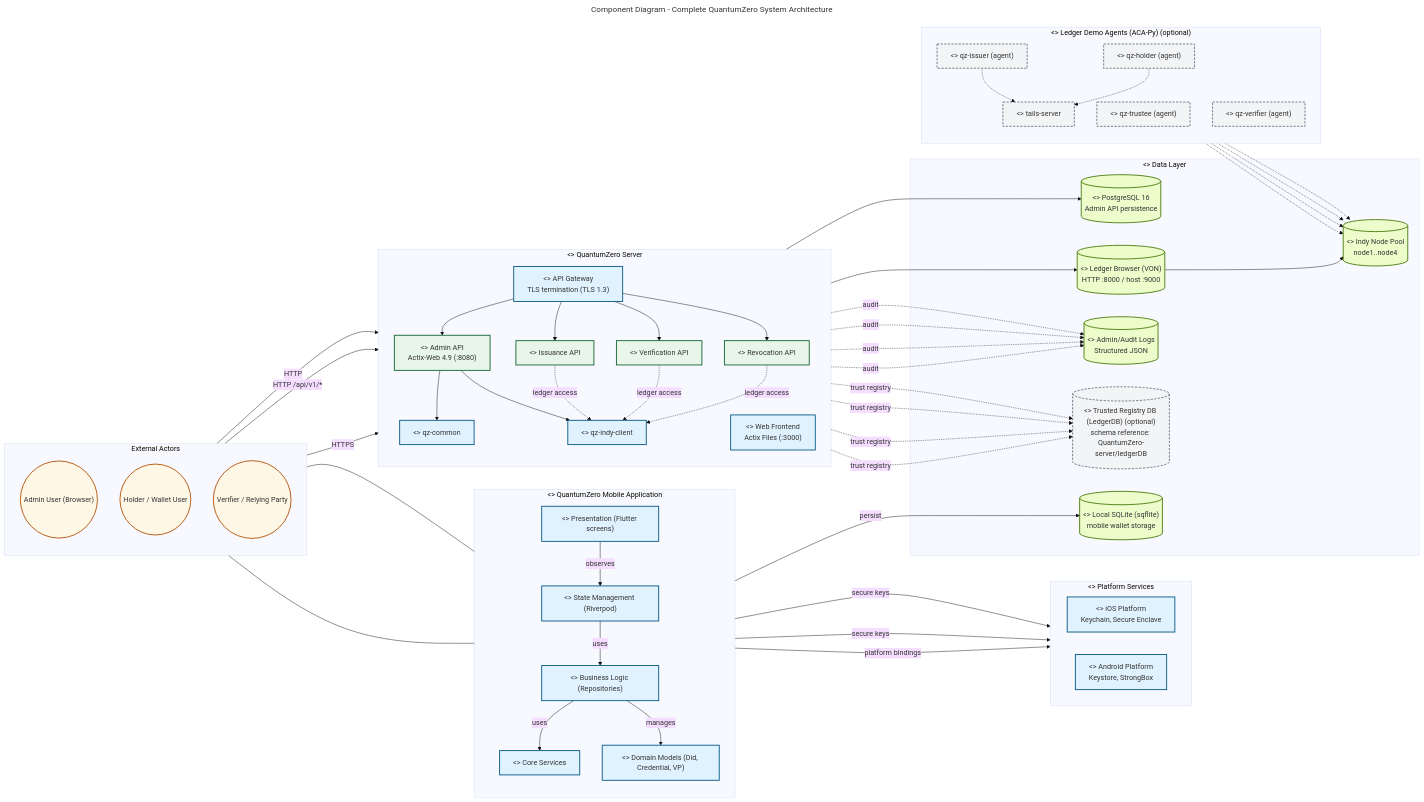
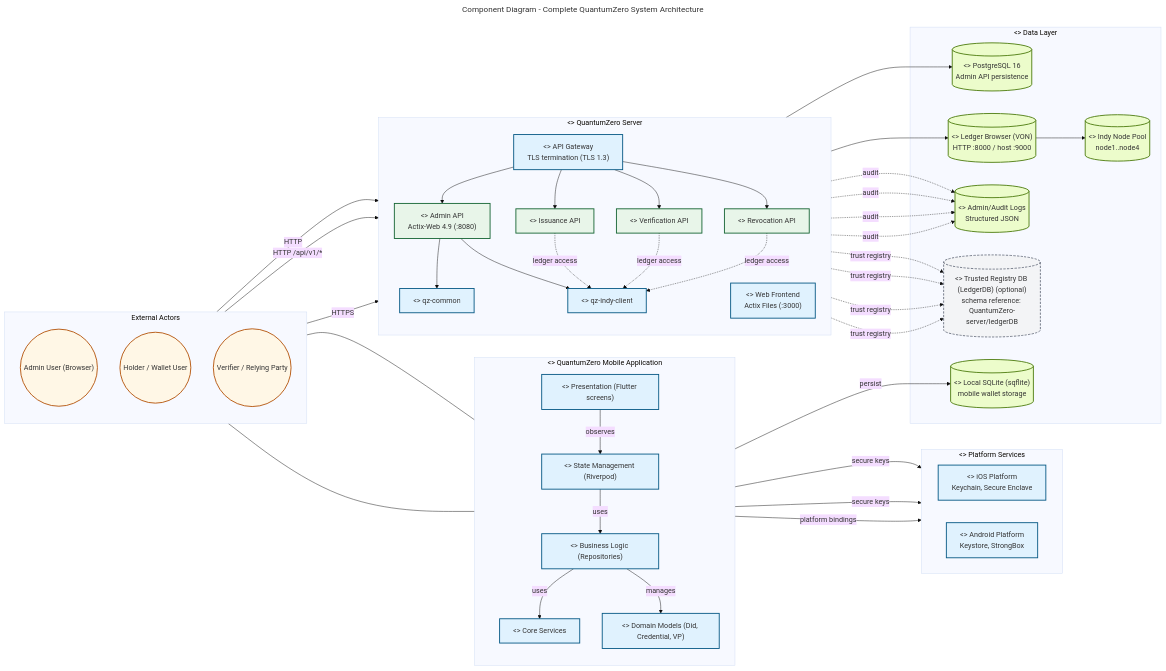
One commit to CHATEAUFORGE-LLC/QuantumZero changed the diagram in diagrams/component-system-complete.mmd. Above: the diagram before and after it, drawn with Mermaid. The commit also changed 63 other files, not shown here.

```diff
--- a/diagrams/component-system-complete.mmd
+++ b/diagrams/component-system-complete.mmd
@@ -1,127 +1,109 @@
 ---
 title: Component Diagram - Complete QuantumZero System Architecture
 config:
   theme: base
 ---
 %% QuantumZero UML palette note: actors/external=#fff7e6/#b45309, system/component=#e0f2fe/#075985, datastore=#ecfccb/#4d7c0f, notes=#fff9c4/#d97706. Aligns diagrams to Deliverable 1 UML/DFD theme.
 flowchart LR
     %% QuantumZero UML palette (standardized)
     classDef actor fill:#fff7e6,stroke:#b45309,stroke-width:2px
     classDef system fill:#eef2ff,stroke:#4338ca,stroke-width:2px
     classDef component fill:#e0f2fe,stroke:#075985,stroke-width:2px
     classDef service fill:#e8f5e9,stroke:#166534,stroke-width:2px
     classDef datastore fill:#ecfccb,stroke:#4d7c0f,stroke-width:2px
     classDef optional fill:#f3f4f6,stroke:#6b7280,stroke-width:2px,stroke-dasharray: 5 3
 
     %% Mobile Application Components
     subgraph MobileApp["<<system>> QuantumZero Mobile Application"]
         direction TB
         UILayer["<<component>> Presentation (Flutter screens)"]:::component
         StateLayer["<<component>> State Management (Riverpod)"]:::component
         BusinessLayer["<<component>> Business Logic (Repositories)"]:::component
         ServicesLayer["<<component>> Core Services"]:::component
         ModelsLayer["<<component>> Domain Models (Did, Credential, VP)"]:::component
     end
 
     %% Platform Components
     subgraph Platform["<<system>> Platform Services"]
         direction LR
         iOS["<<component>> iOS Platform<br/>Keychain, Secure Enclave"]:::component
         Android["<<component>> Android Platform<br/>Keystore, StrongBox"]:::component
     end
 
     %% Server Components
     subgraph ServerApp["<<system>> QuantumZero Server"]
         direction TB
         AdminAPI["<<component>> Admin API<br/>Actix-Web 4.9 (:8080)"]:::service
         WebFrontend["<<component>> Web Frontend<br/>Actix Files (:3000)"]:::component
         Common["<<component>> qz-common"]:::component
         IndyClient["<<component>> qz-indy-client"]:::component
 
         %% API surface
         Gateway["<<component>> API Gateway<br/>TLS termination (TLS 1.3)"]:::component
         IssuanceAPI["<<component>> Issuance API"]:::service
         VerificationAPI["<<component>> Verification API"]:::service
         RevocationAPI["<<component>> Revocation API"]:::service
     end
 
     %% Data Storage
     subgraph DataLayer["<<system>> Data Layer"]
         LocalDB[("<<database>> Local SQLite (sqflite)<br/>mobile wallet storage")]:::datastore
         PostgreSQL[("<<database>> PostgreSQL 16<br/>Admin API persistence")]:::datastore
         LedgerBrowser[("<<component>> Ledger Browser (VON)<br/>HTTP :8000 / host :9000")]:::datastore
         IndyPool[("<<component>> Indy Node Pool<br/>node1..node4")]:::datastore
 
         TrustedRegistryDB[("<<database>> Trusted Registry DB (LedgerDB) (optional)<br/>schema reference: QuantumZero-server/ledgerDB")]:::optional
         AuditLogs[("<<database>> Admin/Audit Logs<br/>Structured JSON")]:::datastore
     end
 
-    %% Optional Ledger Demo Agents (ACA-Py)
-    subgraph LedgerDemo["<<system>> Ledger Demo Agents (ACA-Py) (optional)"]
-        direction TB
-        Tails["<<component>> tails-server"]:::optional
-        TrusteeAgent["<<component>> qz-trustee (agent)"]:::optional
-        IssuerAgent["<<component>> qz-issuer (agent)"]:::optional
-        HolderAgent["<<component>> qz-holder (agent)"]:::optional
-        VerifierAgent["<<component>> qz-verifier (agent)"]:::optional
-    end
-
     %% External
     subgraph External["External Actors"]
         direction TB
         AdminUser(("Admin User (Browser)")):::actor
         Holder(("Holder / Wallet User")):::actor
         Verifier(("Verifier / Relying Party")):::actor
     end
 
     %% Component Dependencies
     UILayer -->|observes| StateLayer
     StateLayer -->|uses| BusinessLayer
     BusinessLayer -->|uses| ServicesLayer
     BusinessLayer -->|manages| ModelsLayer
     ServicesLayer -->|platform bindings| Platform
 
     ServicesLayer -->|secure keys| iOS
     ServicesLayer -->|secure keys| Android
     BusinessLayer -->|persist| LocalDB
 
     AdminUser -->|HTTP| WebFrontend
     AdminUser -->|HTTP /api/v1/*| AdminAPI
     AdminUser -->|HTTPS| Gateway
     Gateway --> AdminAPI
     Gateway --> IssuanceAPI
     Gateway --> VerificationAPI
     Gateway --> RevocationAPI
 
     AdminAPI --> Common
     AdminAPI --> IndyClient
 
     AdminAPI --> PostgreSQL
     IndyClient --> LedgerBrowser
     LedgerBrowser --> IndyPool
 
     IssuanceAPI -. ledger access .-> IndyClient
     VerificationAPI -. ledger access .-> IndyClient
     RevocationAPI -. ledger access .-> IndyClient
 
     AdminAPI -. audit .-> AuditLogs
     IssuanceAPI -. audit .-> AuditLogs
     VerificationAPI -. audit .-> AuditLogs
     RevocationAPI -. audit .-> AuditLogs
 
-    %% Optional demo agents use the Indy network and tails server
-    TrusteeAgent -.-> IndyPool
-    IssuerAgent -.-> IndyPool
-    HolderAgent -.-> IndyPool
-    VerifierAgent -.-> IndyPool
-    IssuerAgent -.-> Tails
-    HolderAgent -.-> Tails
-
     %% Trust registry schema is documented by ERD/DFD diagrams.
     AdminAPI -. trust registry .-> TrustedRegistryDB
     IssuanceAPI -. trust registry .-> TrustedRegistryDB
     VerificationAPI -. trust registry .-> TrustedRegistryDB
     RevocationAPI -. trust registry .-> TrustedRegistryDB
 
     Holder --- UILayer
     Verifier --- UILayer
```
